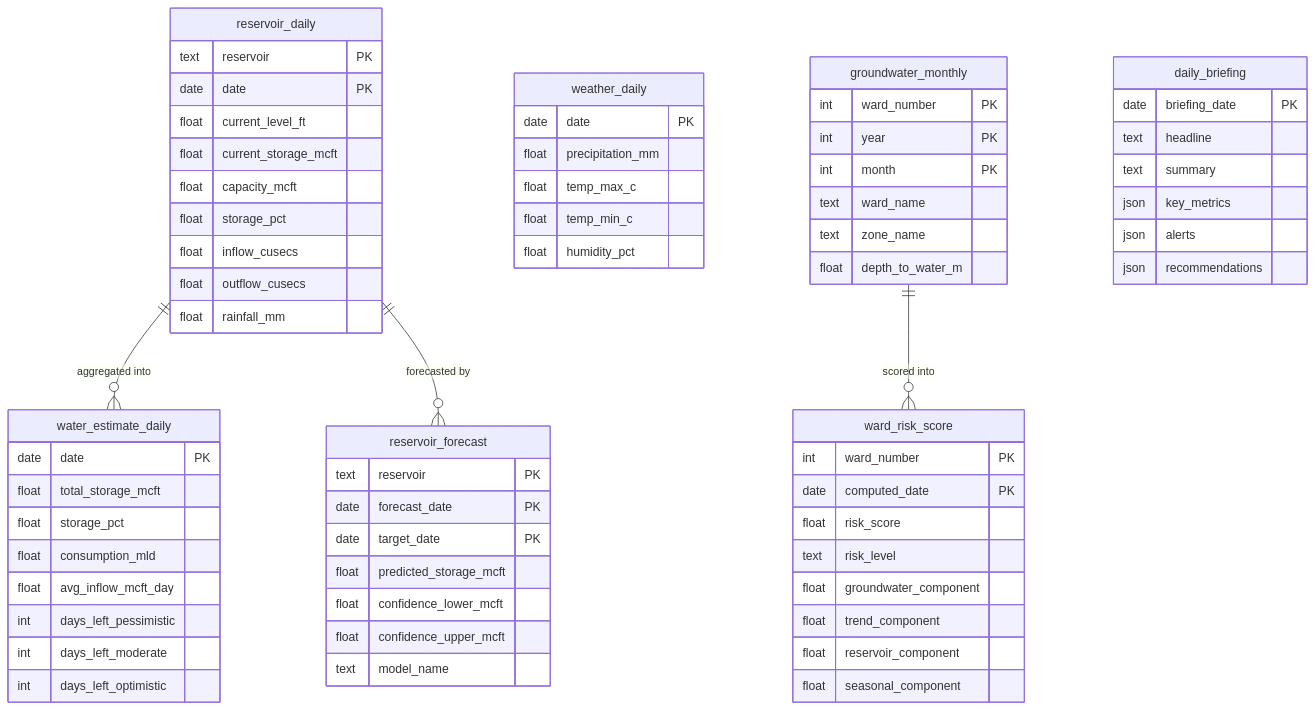
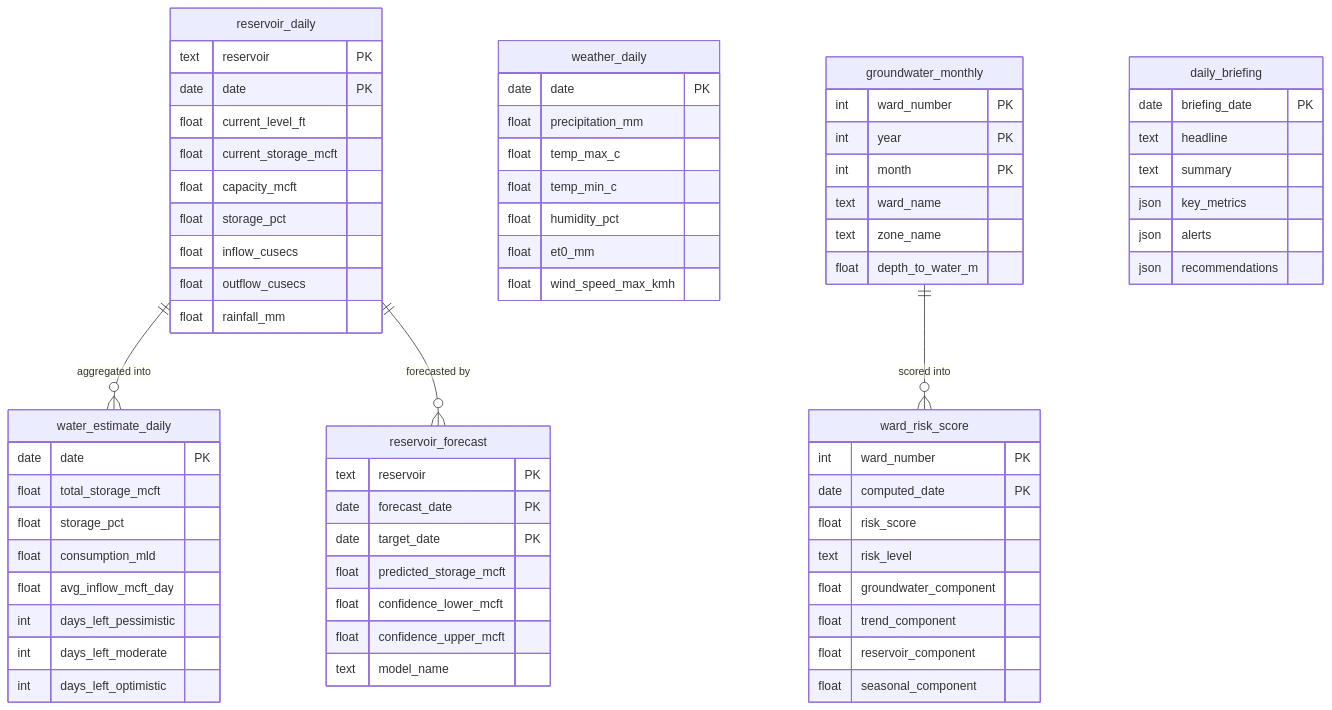
The third of 5 diagrams in ARCHITECTURE.md (SundareshPrasanna/neer-vazhvu), drawn with Mermaid before and after one commit. The commit also changed other lines of this file and 10 other files, not shown here.

````diff
--- a/ARCHITECTURE.md
+++ b/ARCHITECTURE.md
@@ -105,76 +107,78 @@
 ```mermaid
 erDiagram
     reservoir_daily {
         text reservoir PK
         date date PK
         float current_level_ft
         float current_storage_mcft
         float capacity_mcft
         float storage_pct
         float inflow_cusecs
         float outflow_cusecs
         float rainfall_mm
     }
 
     weather_daily {
         date date PK
         float precipitation_mm
         float temp_max_c
         float temp_min_c
         float humidity_pct
+        float et0_mm
+        float wind_speed_max_kmh
     }
 
     groundwater_monthly {
         int ward_number PK
         int year PK
         int month PK
         text ward_name
         text zone_name
         float depth_to_water_m
     }
 
     water_estimate_daily {
         date date PK
         float total_storage_mcft
         float storage_pct
         float consumption_mld
         float avg_inflow_mcft_day
         int days_left_pessimistic
         int days_left_moderate
         int days_left_optimistic
     }
 
     reservoir_forecast {
         text reservoir PK
         date forecast_date PK
         date target_date PK
         float predicted_storage_mcft
         float confidence_lower_mcft
         float confidence_upper_mcft
         text model_name
     }
 
     ward_risk_score {
         int ward_number PK
         date computed_date PK
         float risk_score
         text risk_level
         float groundwater_component
         float trend_component
         float reservoir_component
         float seasonal_component
     }
 
     daily_briefing {
         date briefing_date PK
         text headline
         text summary
         json key_metrics
         json alerts
         json recommendations
     }
 
     reservoir_daily ||--o{ water_estimate_daily : "aggregated into"
     reservoir_daily ||--o{ reservoir_forecast : "forecasted by"
     groundwater_monthly ||--o{ ward_risk_score : "scored into"
 ```
````
